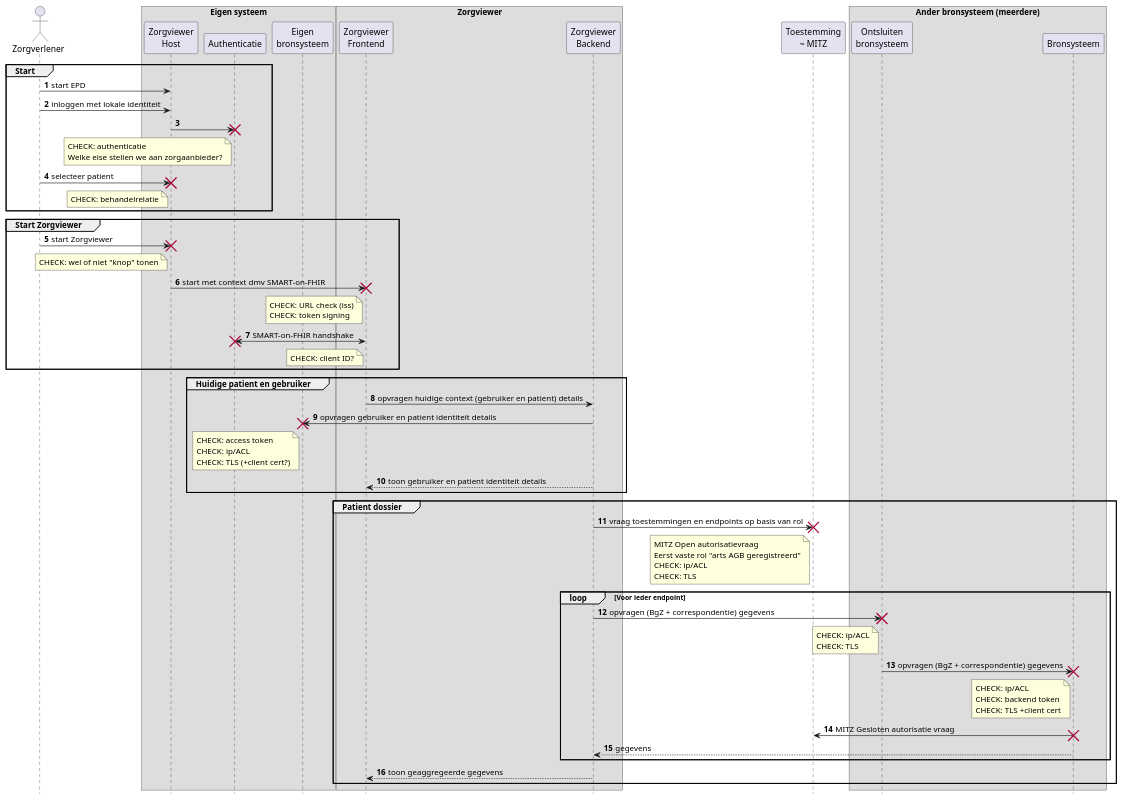
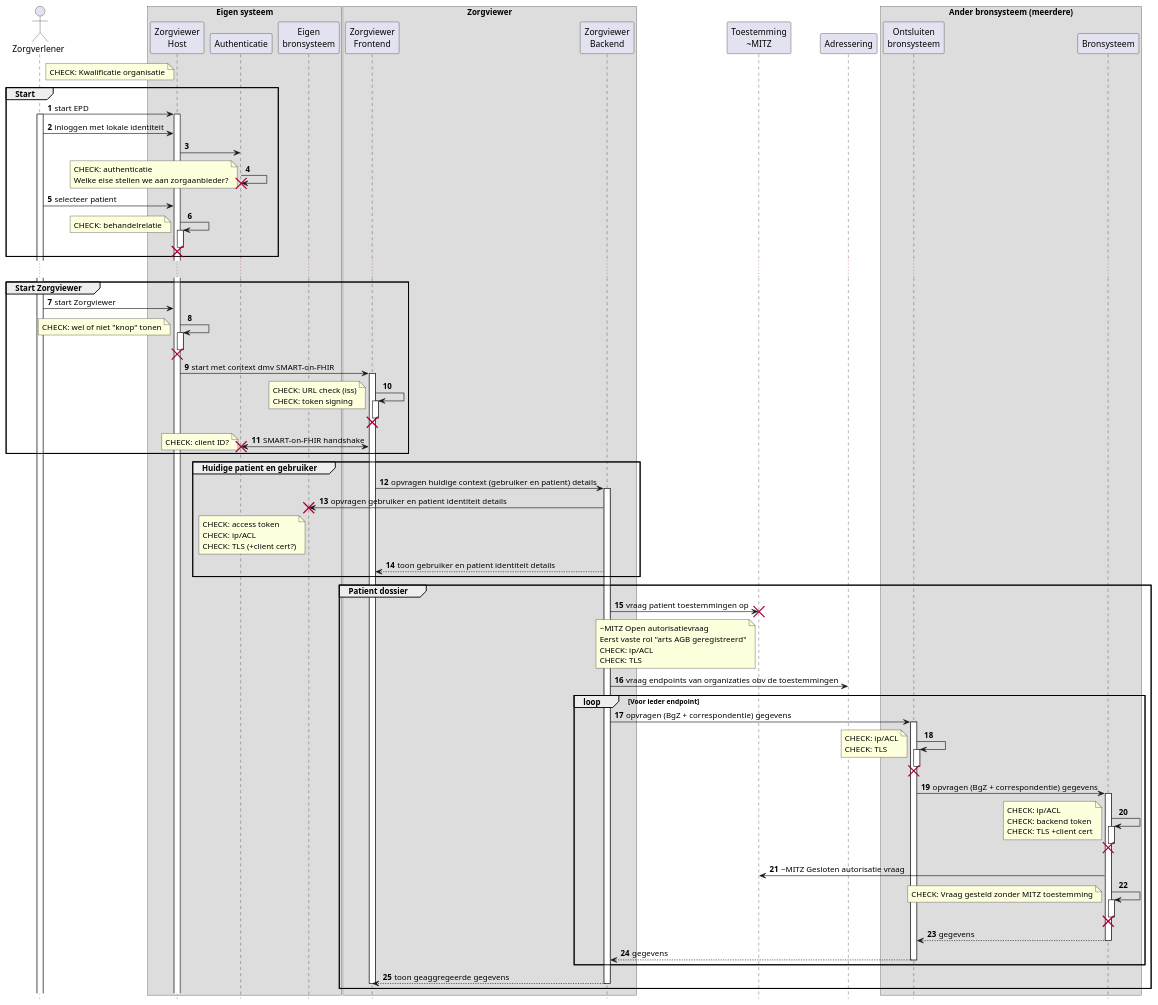
Before and after one commit to RIVO-Noord/zorgviewer-ig: the diagram in input/images-source/Security-Design-seq.plantuml, drawn with PlantUML.

Commit message:
Na overleg met Security Architect

```diff
--- a/input/images-source/Security-Design-seq.plantuml
+++ b/input/images-source/Security-Design-seq.plantuml
@@ -1,98 +1,126 @@
 @startuml
 hide footbox
 autonumber
 
 actor Zorgverlener
 box "Eigen systeem"
   participant "Zorgviewer\nHost" as Host
   participant Authenticatie
   participant "Eigen\nbronsysteem" as EBron
 end box
 box "Zorgviewer"
   participant "Zorgviewer\nFrontend" as ZVFE
   participant "Zorgviewer\nBackend" as ZVBE
 end box
-participant "Toestemming\n~ MITZ" as Toestemming
+participant "Toestemming\n~MITZ" as Toestemming
+participant Adressering
 box "Ander bronsysteem (meerdere)"
   participant "Ontsluiten\nbronsysteem" as AOBron
   participant "Bronsysteem" as ABron
 end box
 
+note left Host
+  CHECK: Kwalificatie organisatie
+end note
+
 group Start
   Zorgverlener->Host: start EPD
+  activate Zorgverlener
+  activate Host
   Zorgverlener->Host: inloggen met lokale identiteit
   Host->Authenticatie
-  note left Authenticatie
+  Authenticatie->Authenticatie
+  note left
     CHECK: authenticatie
     Welke eise stellen we aan zorgaanbieder?
   end note
   destroy Authenticatie
   Zorgverlener->Host: selecteer patient
-  note left Host
+  Host->Host++
+  note left
     CHECK: behandelrelatie
   end note
   destroy Host
 end
 
+...
+
 group Start Zorgviewer
   Zorgverlener->Host: start Zorgviewer
+  Host->Host++
   destroy Host
-  note left Host
+  note left
     CHECK: wel of niet "knop" tonen
   end note
   Host->ZVFE: start met context dmv SMART-on-FHIR
-  note left ZVFE
+  activate ZVFE
+  ZVFE->ZVFE++
+  note left
     CHECK: URL check (iss)
     CHECK: token signing
   end note
   destroy ZVFE
   ZVFE<->Authenticatie: SMART-on-FHIR handshake
-  note left ZVFE
+  note left
     CHECK: client ID?
   end note
   destroy Authenticatie
 end
 
 group Huidige patient en gebruiker
   ZVFE->ZVBE: opvragen huidige context (gebruiker en patient) details
+  activate ZVBE
   ZVBE->EBron: opvragen gebruiker en patient identiteit details
   note left EBron
     CHECK: access token
     CHECK: ip/ACL
     CHECK: TLS (+client cert?)
   end note
   destroy EBron
   ZVBE-->ZVFE: toon gebruiker en patient identiteit details
 end
 
 group Patient dossier
-  ZVBE->Toestemming: vraag toestemmingen en endpoints op basis van rol
+  ZVBE->Toestemming: vraag patient toestemmingen op
   note left Toestemming
-    MITZ Open autorisatievraag
+    ~MITZ Open autorisatievraag
     Eerst vaste rol "arts AGB geregistreerd"
     CHECK: ip/ACL
     CHECK: TLS
   end note
   destroy Toestemming
+  ZVBE->Adressering: vraag endpoints van organizaties obv de toestemmingen
   loop Voor ieder endpoint
     ZVBE->AOBron: opvragen (BgZ + correspondentie) gegevens
-    note left AOBron
+    activate AOBron
+    AOBron->AOBron++
+    note left
       CHECK: ip/ACL
       CHECK: TLS
     end note
     destroy AOBron
     AOBron->ABron: opvragen (BgZ + correspondentie) gegevens
-    note left ABron
+    activate ABron
+    ABron->ABron++
+    note left
       CHECK: ip/ACL
       CHECK: backend token
       CHECK: TLS +client cert
     end note
     destroy ABron
-    ABron->Toestemming: MITZ Gesloten autorisatie vraag
+    ABron->Toestemming: ~MITZ Gesloten autorisatie vraag
+    ABron->ABron++
+    note left
+      CHECK: Vraag gesteld zonder MITZ toestemming
+    end note
     destroy ABron
-    ABron-->ZVBE: gegevens
+    ABron-->AOBron: gegevens
+    deactivate ABron
+    AOBron-->ZVBE: gegevens
+    deactivate AOBron
   end
   ZVBE-->ZVFE: toon geaggregeerde gegevens
+  deactivate ZVBE
+  deactivate ZVFE
 end
-
 @enduml
```
